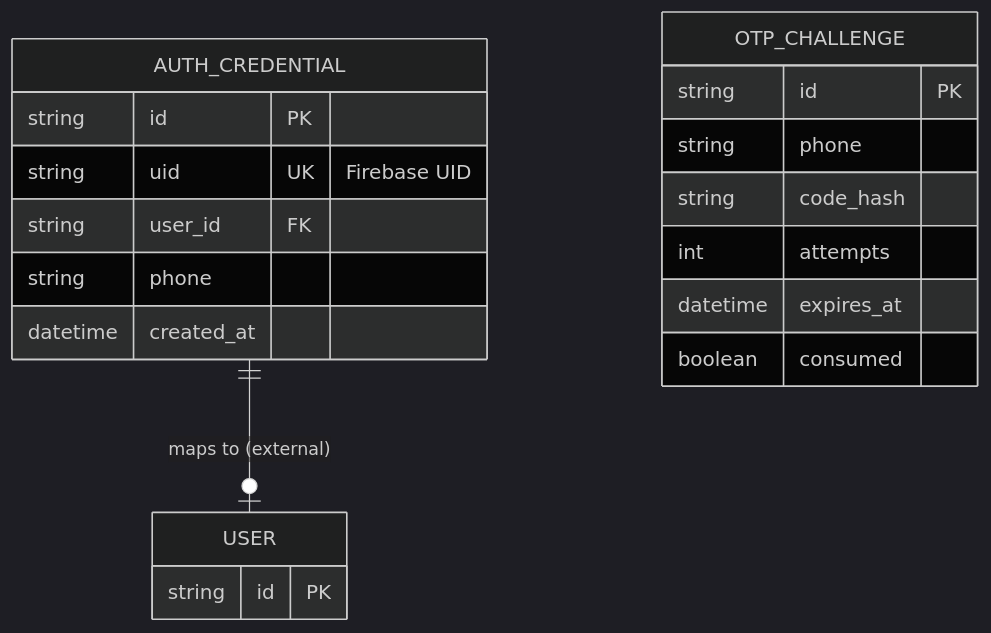
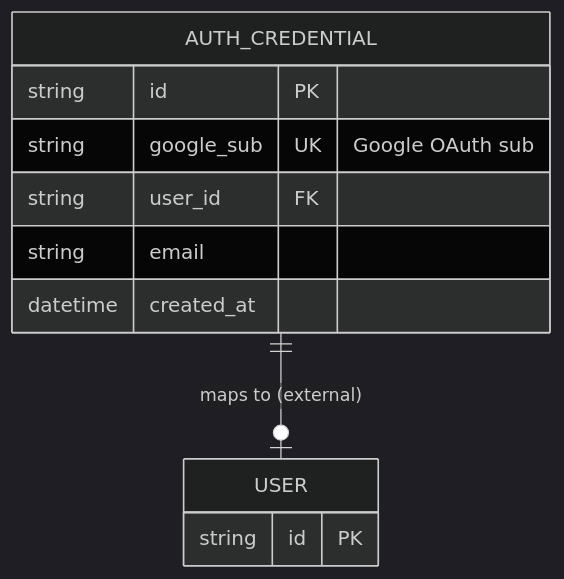
The fourth of 8 diagrams in entities/er-diagram.md (cheetah-org/fold-design), drawn with Mermaid (dark theme) before and after one commit. The commit also changed other lines of this file and 6 other files, not shown here.

Commit message:
update flow to use google OAuth as primary auth

````diff
--- a/entities/er-diagram.md
+++ b/entities/er-diagram.md
@@ -309,27 +303,19 @@
 ```mermaid
 erDiagram
     %% Owned entities
     AUTH_CREDENTIAL {
         string id PK
-        string uid UK "Firebase UID"
+        string google_sub UK "Google OAuth sub"
         string user_id FK
-        string phone
+        string email
         datetime created_at
-    }
-    OTP_CHALLENGE {
-        string id PK
-        string phone
-        string code_hash
-        int attempts
-        datetime expires_at
-        boolean consumed
     }
 
     %% External reference (owned by User Service)
     USER {
         string id PK
     }
 
     %% Relationships
     AUTH_CREDENTIAL ||--o| USER : "maps to (external)"
 ```
````
